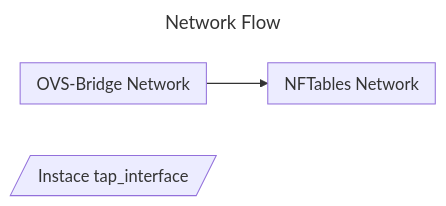
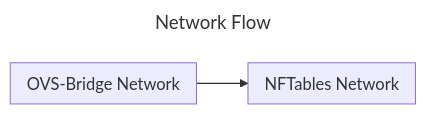
The diagram in Antispam System/README.md (Zai4ikManiak/Cyber-Security-Study), drawn with Mermaid before and after one commit.

Commit message:
modified:   README.md

````diff
--- a/Antispam System/README.md
+++ b/Antispam System/README.md
@@ -3,18 +3,16 @@
 ```mermaid
 ---
 title: Network Flow
 ---
 flowchart LR
     
-    tap_int["Instace tap_interface"]@{ shape: in-out }
-
     subgraph libvirt["OVS-Bridge Network"]
 
     end
 
     subgraph firewall["NFTables Network"]
 
     end
 
     libvirt --> firewall
 ```
````
